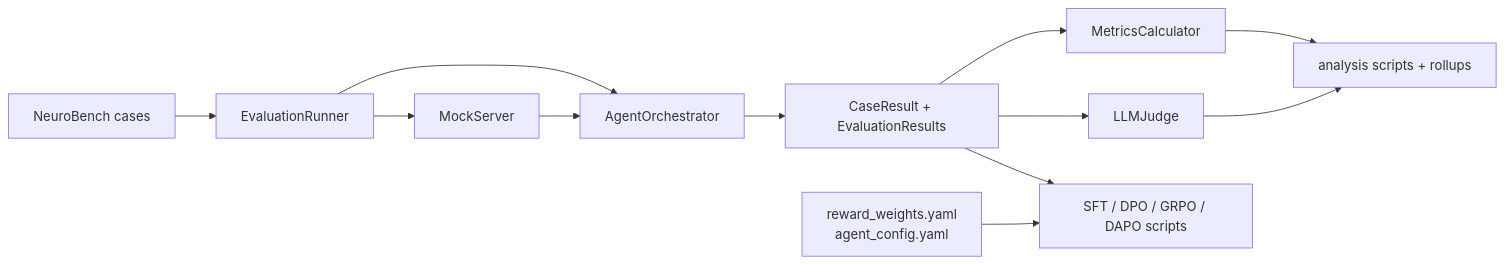
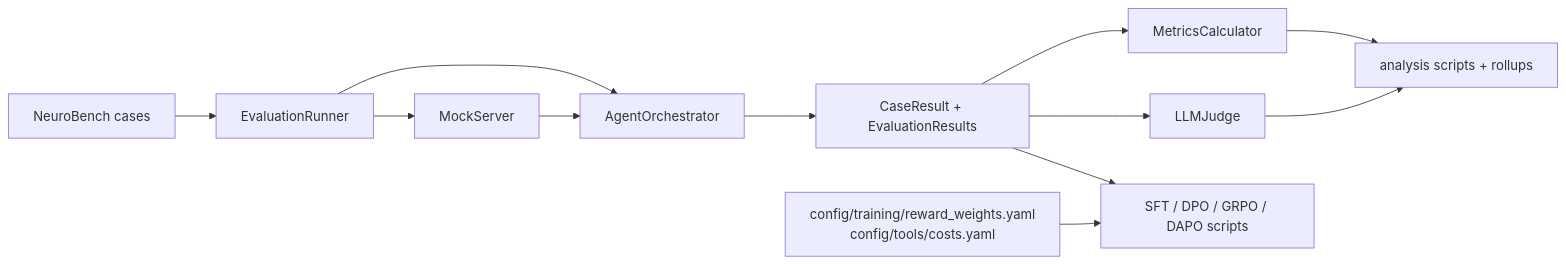
One commit to Prot10/medical-agents changed the sixth of 10 diagrams in ARCHITECTURE_REPO_BREAKDOWN.md. Above: the diagram before and after it, drawn with Mermaid. The commit also changed other lines of this file and 19 other files, not shown here.

Commit message:
refactor(agent): remove inactive memory config

````diff
--- a/ARCHITECTURE_REPO_BREAKDOWN.md
+++ b/ARCHITECTURE_REPO_BREAKDOWN.md
@@ -162,14 +155,14 @@
 ```mermaid
 flowchart LR
   Cases[NeuroBench cases] --> Runner[EvaluationRunner]
   Runner --> Mock[MockServer]
   Runner --> Agent[AgentOrchestrator]
   Mock --> Agent
   Agent --> Results[CaseResult + EvaluationResults]
   Results --> Metrics[MetricsCalculator]
   Results --> Judge[LLMJudge]
   Metrics --> Reports[analysis scripts + rollups]
   Judge --> Reports
   Results --> Training[SFT / DPO / GRPO / DAPO scripts]
-  Config[reward_weights.yaml<br/>agent_config.yaml] --> Training
+  Config[config/training/reward_weights.yaml<br/>config/tools/costs.yaml] --> Training
 ```
````
